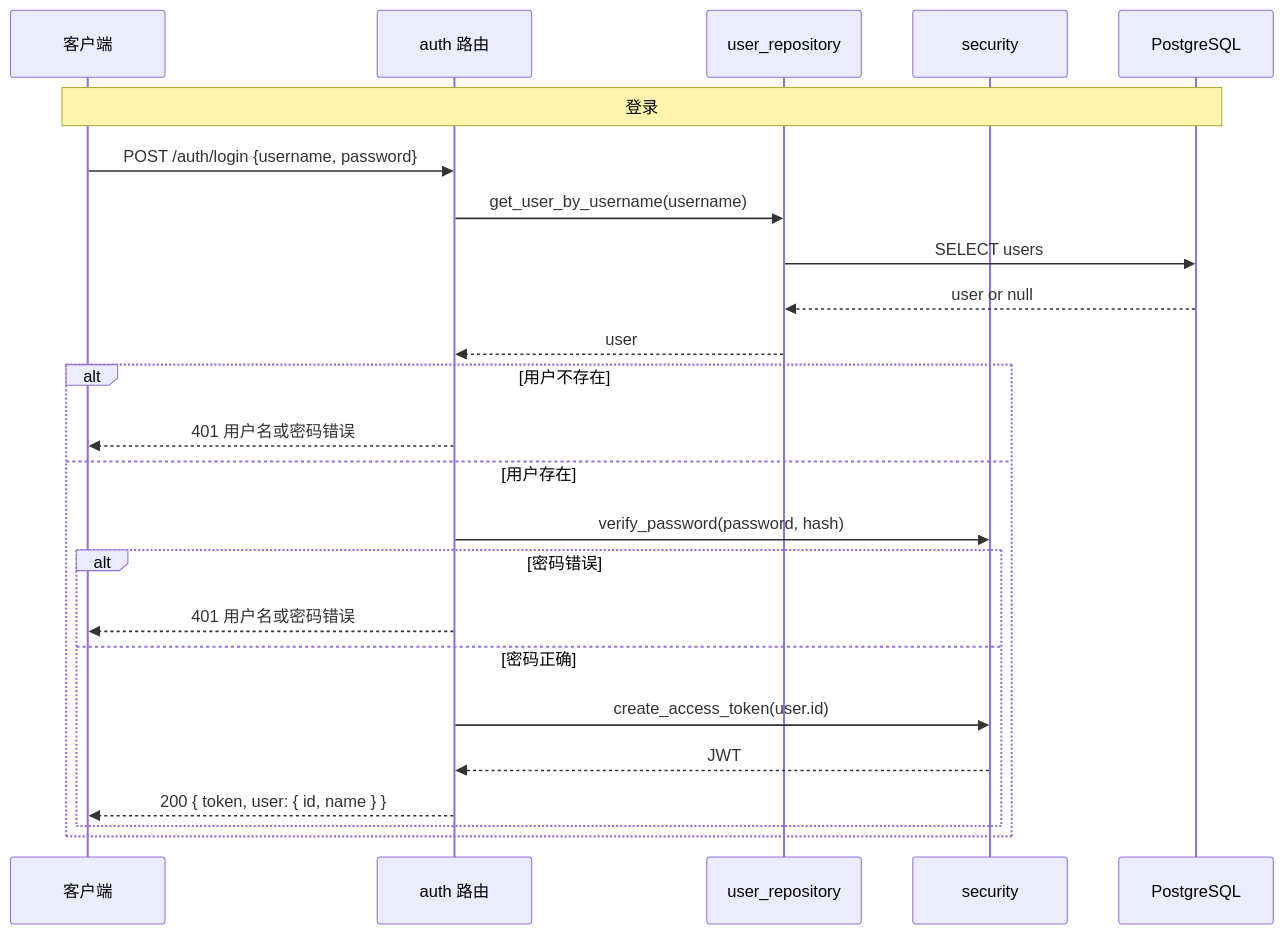
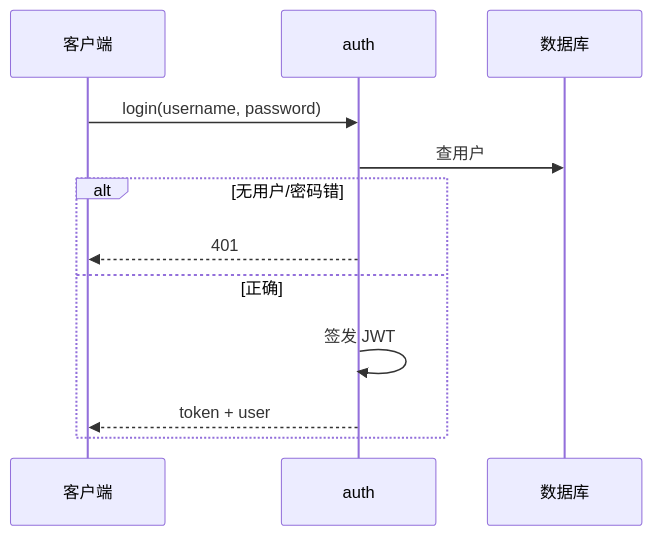
Before and after one commit to lazy233/lumist_examAgent_backend: the third of 9 diagrams in docs/architecture.md, drawn with Mermaid. The commit also changed other lines of this file, not shown here.

Commit message:
docs: 浓缩架构文档中的 Mermaid 图

````diff
--- a/docs/architecture.md
+++ b/docs/architecture.md
@@ -162,27 +87,14 @@
 ```mermaid
 sequenceDiagram
     participant C as 客户端
-    participant API as auth 路由
-    participant Repo as user_repository
-    participant Sec as security
-    participant DB as PostgreSQL
-
-    Note over C,DB: 登录
-    C->>API: POST /auth/login {username, password}
-    API->>Repo: get_user_by_username(username)
-    Repo->>DB: SELECT users
-    DB-->>Repo: user or null
-    Repo-->>API: user
-    alt 用户不存在
-        API-->>C: 401 用户名或密码错误
-    else 用户存在
-        API->>Sec: verify_password(password, hash)
-        alt 密码错误
-            API-->>C: 401 用户名或密码错误
-        else 密码正确
-            API->>Sec: create_access_token(user.id)
-            Sec-->>API: JWT
-            API-->>C: 200 { token, user: { id, name } }
-        end
+    participant API as auth
+    participant DB as 数据库
+    C->>API: login(username, password)
+    API->>DB: 查用户
+    alt 无用户/密码错
+        API-->>C: 401
+    else 正确
+        API->>API: 签发 JWT
+        API-->>C: token + user
     end
 ```
````
